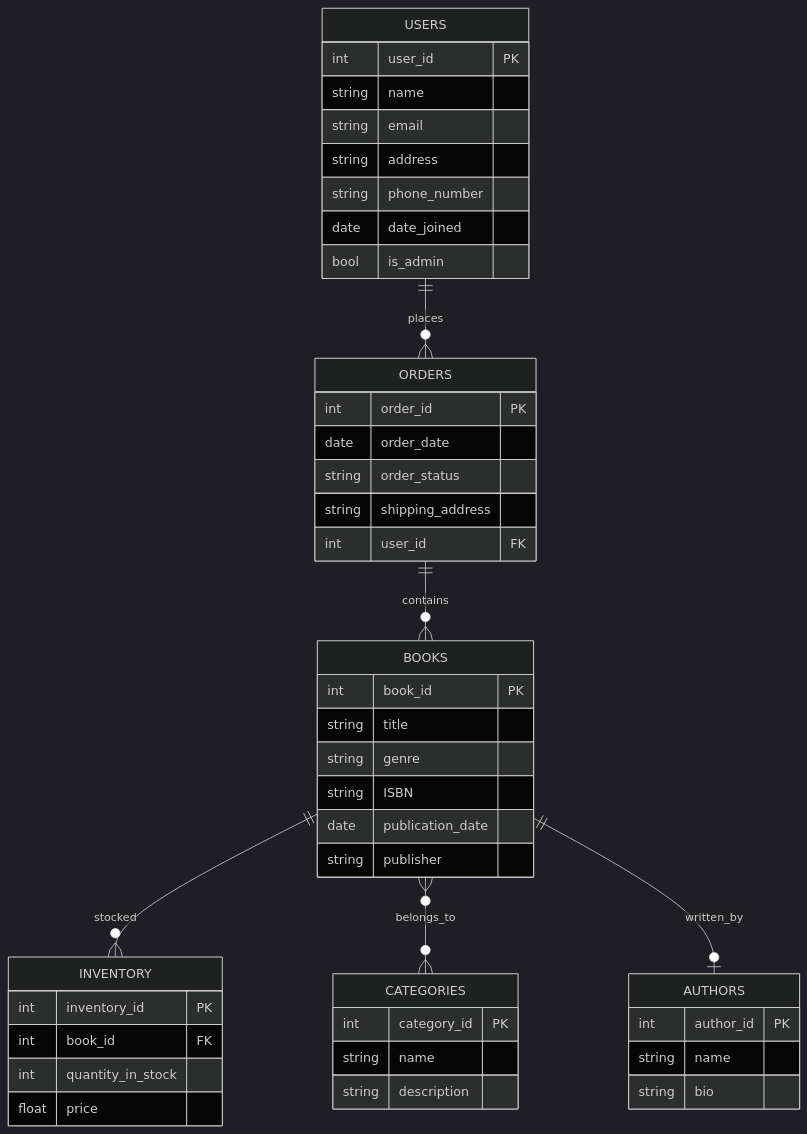
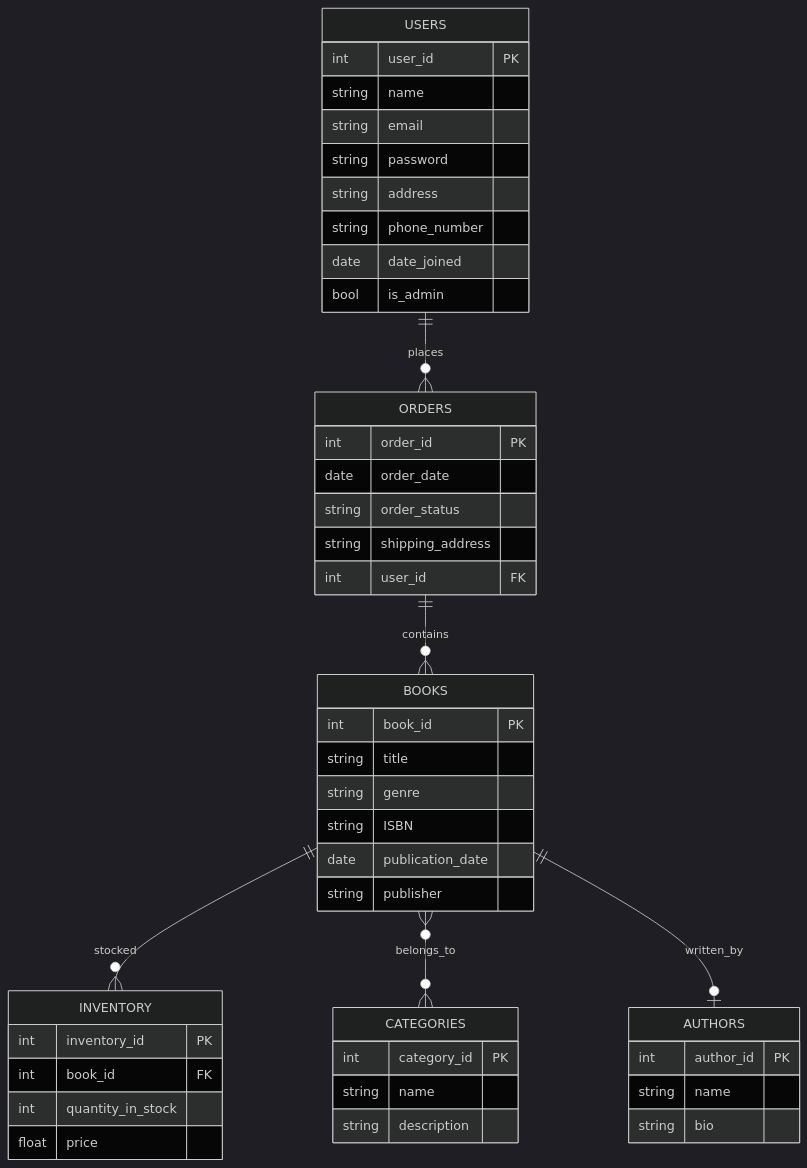
Before and after one commit to SecretiveShell/InventoryManagementSystem-y2s1: the diagram in diagrams/Database.md, drawn with Mermaid (dark theme).

Commit message:
update database diagram

````diff
--- a/diagrams/Database.md
+++ b/diagrams/Database.md
@@ -3,48 +3,49 @@
 ```mermaid
 erDiagram
     USERS ||--o{ ORDERS : places
     USERS {
         int user_id PK
         string name
         string email
+        string password
         string address
         string phone_number
         date date_joined
         bool is_admin
     }
     ORDERS ||--o{ BOOKS : contains
     ORDERS {
         int order_id PK
         date order_date
         string order_status
         string shipping_address
         int user_id FK
     }
     BOOKS ||--o{ INVENTORY : stocked
     BOOKS }o--o{ CATEGORIES : belongs_to
     BOOKS ||--o| AUTHORS : written_by
     BOOKS {
         int book_id PK
         string title
         string genre
         string ISBN
         date publication_date
         string publisher
     }
     INVENTORY {
         int inventory_id PK
         int book_id FK
         int quantity_in_stock
         float price
     }
     CATEGORIES {
         int category_id PK
         string name
         string description
     }
     AUTHORS {
         int author_id PK
         string name
         string bio
     }
 ```
````
